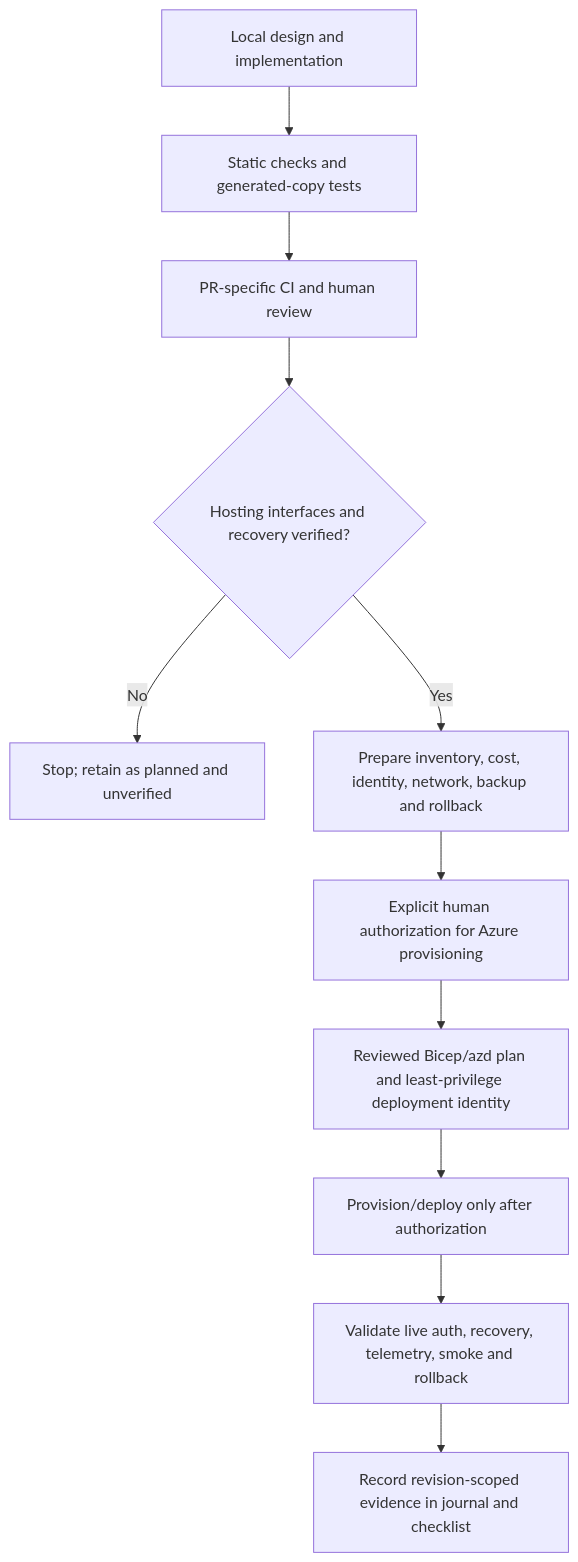
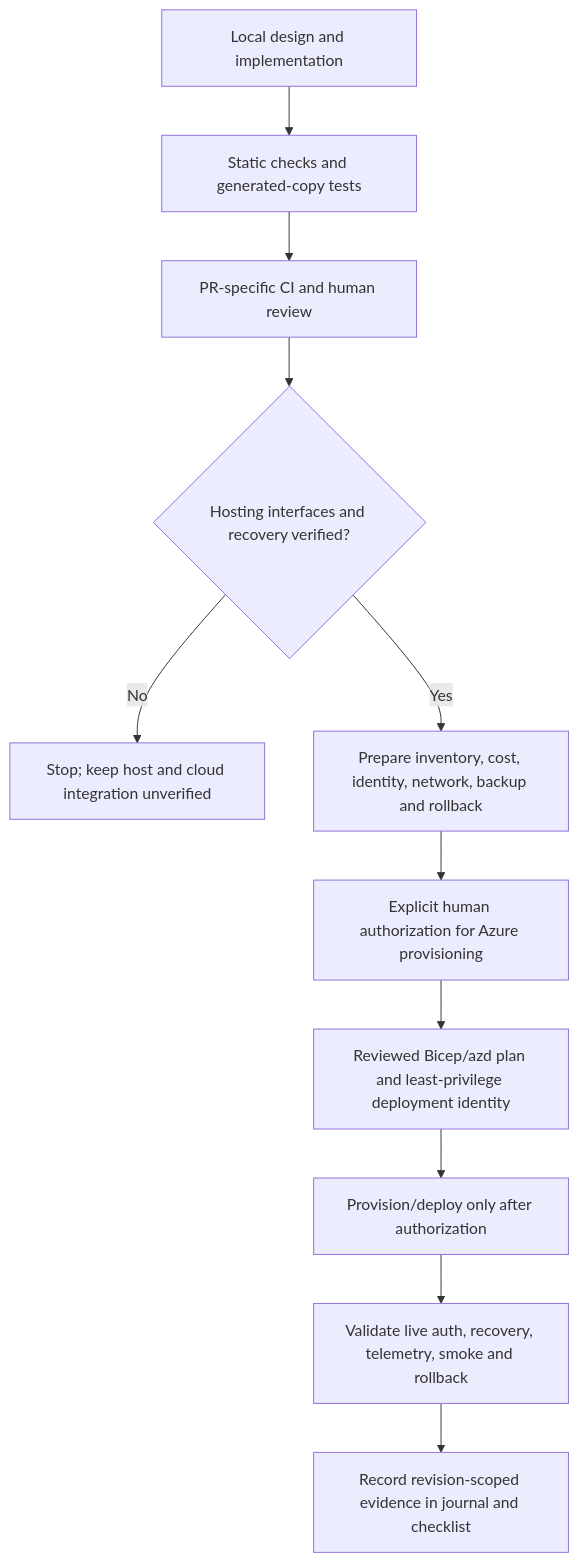
One commit to ppenumatsa1/agent-blueprints changed the diagram in blueprints/maf/workflow/docs/design/deployment-flow.md. Above: the diagram before and after it, drawn with Mermaid. The commit also changed other lines of this file and 22 other files, not shown here.

````diff
--- a/blueprints/maf/workflow/docs/design/deployment-flow.md
+++ b/blueprints/maf/workflow/docs/design/deployment-flow.md
@@ -60,13 +76,13 @@
 ```mermaid
 flowchart TD
     A[Local design and implementation] --> B[Static checks and generated-copy tests]
     B --> C[PR-specific CI and human review]
     C --> D{Hosting interfaces and recovery verified?}
-    D -- No --> E[Stop; retain as planned and unverified]
+    D -- No --> E[Stop; keep host and cloud integration unverified]
     D -- Yes --> F[Prepare inventory, cost, identity, network, backup and rollback]
     F --> G[Explicit human authorization for Azure provisioning]
     G --> H[Reviewed Bicep/azd plan and least-privilege deployment identity]
     H --> I[Provision/deploy only after authorization]
     I --> J[Validate live auth, recovery, telemetry, smoke and rollback]
     J --> K[Record revision-scoped evidence in journal and checklist]
 ```
````
